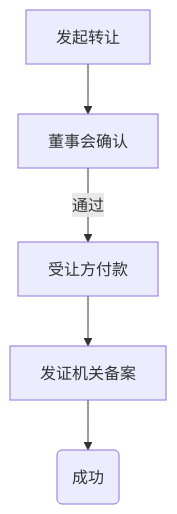
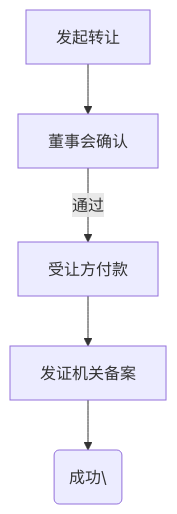
One commit to xiaoke1256/BizLicOnChain changed the diagram in README.md. Above: the diagram before and after it, drawn with Mermaid.

````diff
--- a/README.md
+++ b/README.md
@@ -17,8 +17,8 @@
 ```mermaid
   flowchart  TD;
   发起转让-->董事会确认
   董事会确认--通过-->受让方付款
   受让方付款-->发证机关备案
-  发证机关备案-->流程结束(成功)
+  发证机关备案-->流程结束\(成功\)
 
 ```
````
